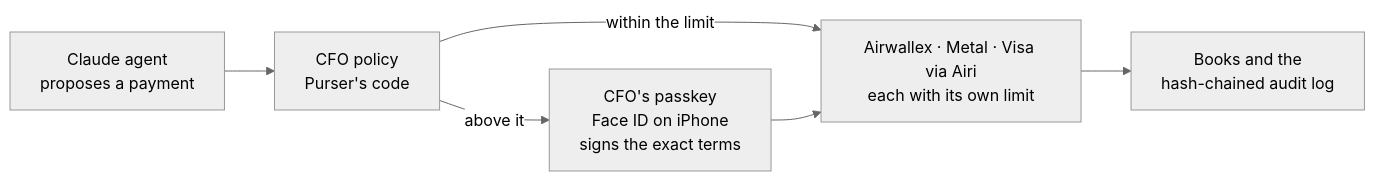
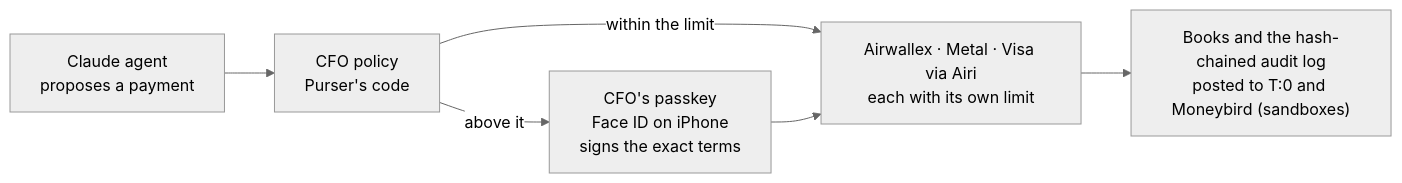
Before and after one commit to agamemnon-coder/x402-business-agents: the first of 3 diagrams in README.md, drawn with Mermaid (neutral theme). The commit also changed other lines of this file and 17 other files, not shown here.

````diff
--- a/README.md
+++ b/README.md
@@ -28,8 +28,8 @@
 ```mermaid
 flowchart LR
   A["Claude agent<br/>proposes a payment"] --> P["CFO policy<br/>Purser's code"]
   P -- "within the limit" --> R["Airwallex · Metal · Visa via Airi<br/>each with its own limit"]
   P -- "above it" --> F["CFO's passkey<br/>Face ID on iPhone<br/>signs the exact terms"]
   F --> R
-  R --> B["Books and the<br/>hash-chained audit log"]
+  R --> B["Books and the hash-chained audit log<br/>posted to T:0 and Moneybird (sandboxes)"]
 ```
````
